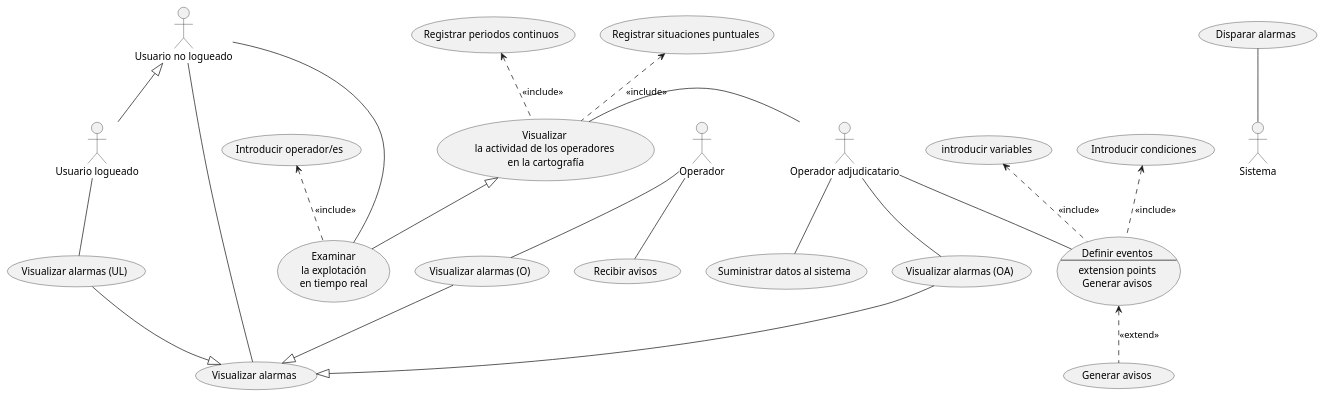
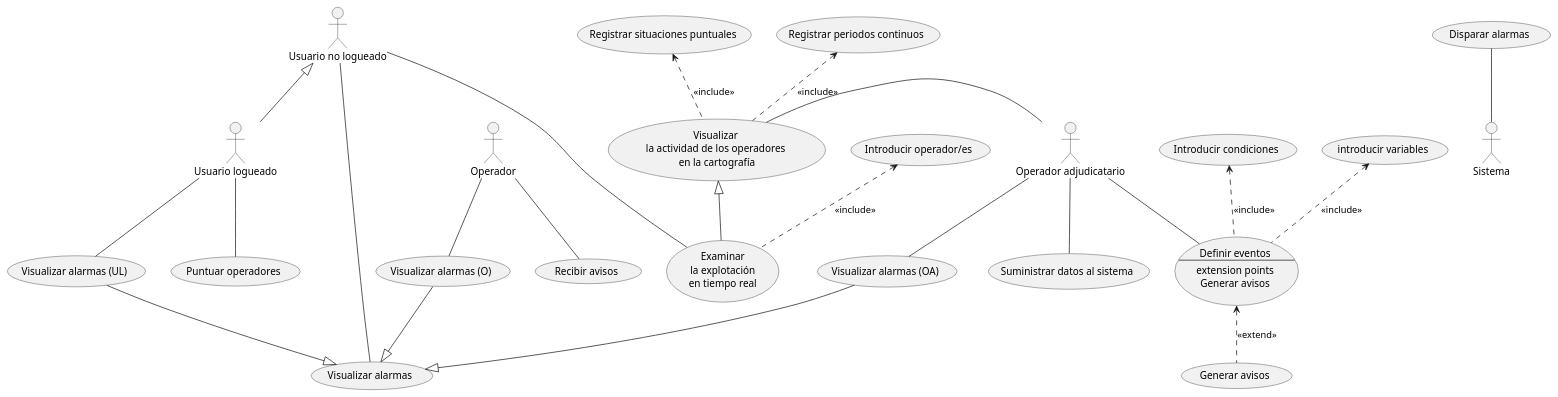
Before and after one commit to cgg734/INRE-UAL-MORADO-2022-2023: the diagram in Proyecto/source/Sistema de Informacion.puml, drawn with PlantUML. The commit also changed 2 other files, not shown here.

```diff
--- a/Proyecto/source/Sistema de Informacion.puml
+++ b/Proyecto/source/Sistema de Informacion.puml
@@ -1,42 +1,43 @@
 @startuml Sistema de infirmacion
 actor OA as "Operador adjudicatario"
 actor Operador
 actor UR as "Usuario logueado"
 actor UNR as "Usuario no logueado"
 usecase (Visualizar \nla actividad de los operadores \nen la cartografía) as VisualAct
 OA-left-VisualAct
 (Registrar situaciones puntuales)<..VisualAct : <<include>>
 (Registrar periodos continuos)<..VisualAct : <<include>>
 usecase (Visualizar alarmas UR) as "Visualizar alarmas (UL)"
 usecase (Visualizar alarmas OA) as "Visualizar alarmas (OA)"
 usecase (Visualizar alarmas O) as "Visualizar alarmas (O)"
 usecase (Visualizar alarmas)
 usecase (Recibir avisos)
 usecase DE as "Definir eventos 
 --
 extension points
 Generar avisos"
 
 usecase (Generar avisos) as GA
 usecase EX as "Examinar 
 la explotación
 en tiempo real"
 OA--(Visualizar alarmas OA)
 UR--(Visualizar alarmas UR)
 Operador--(Visualizar alarmas O)
 (Visualizar alarmas O)--|>(Visualizar alarmas)
 (Visualizar alarmas OA)--|>(Visualizar alarmas)
 (Visualizar alarmas UR)--|>(Visualizar alarmas)
 Operador--(Recibir avisos)
 OA--DE
 (introducir variables)<..DE : <<include>> 
 (Introducir condiciones)<..DE : <<include>>
 DE<..GA : <<extend>>
 UNR--EX
 VisualAct<|--EX
 (Introducir operador/es)<..EX : <<include>>
 UNR-right-(Visualizar alarmas)
 UNR<|--UR
 (Disparar alarmas)--Sistema
 OA--(Suministrar datos al sistema)
+UR--(Puntuar operadores)
 @enduml
```
